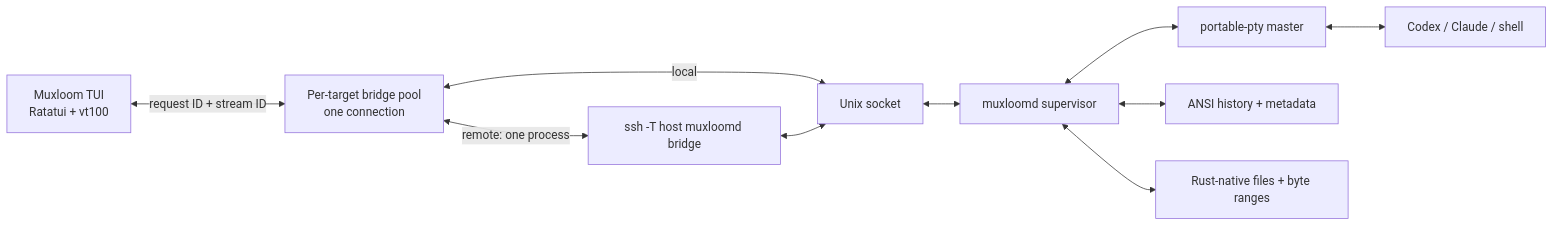
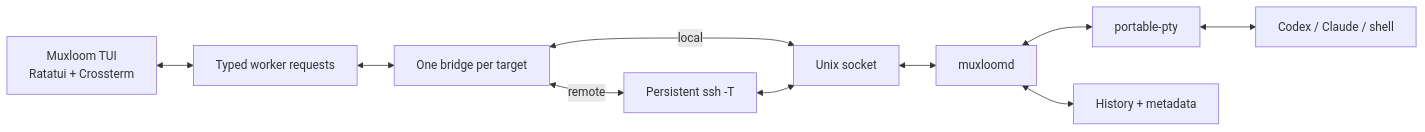
Before and after one commit to MarsTechHAN/Muxloom: the second of 2 diagrams in README.md, drawn with Mermaid. The commit also changed other lines of this file and 1 other file, not shown here.

````diff
--- a/README.md
+++ b/README.md
@@ -782,21 +531,21 @@
 ```mermaid
 flowchart LR
-    UI[Muxloom TUI<br/>Ratatui + vt100]
-    Pool[Per-target bridge pool<br/>one connection]
-    SSH[ssh -T host muxloomd bridge]
+    UI[Muxloom TUI<br/>Ratatui + Crossterm]
+    Worker[Typed worker requests]
+    Pool[One bridge per target]
+    SSH[Persistent ssh -T]
     Socket[Unix socket]
-    Daemon[muxloomd supervisor]
-    PTY[portable-pty master]
-    Agent[Codex / Claude / shell]
-    History[ANSI history + metadata]
-    Files[Rust-native files + byte ranges]
+    Daemon[muxloomd]
+    PTY[portable-pty]
+    CLI[Codex / Claude / shell]
+    State[History + metadata]
 
-    UI <-->|request ID + stream ID| Pool
-    Pool <-->|remote: one process| SSH
+    UI <--> Worker
+    Worker <--> Pool
+    Pool <-->|remote| SSH
     Pool <-->|local| Socket
     SSH <--> Socket
     Socket <--> Daemon
-    Daemon <--> PTY <--> Agent
-    Daemon <--> History
-    Daemon <--> Files
+    Daemon <--> PTY <--> CLI
+    Daemon <--> State
 ```
````
